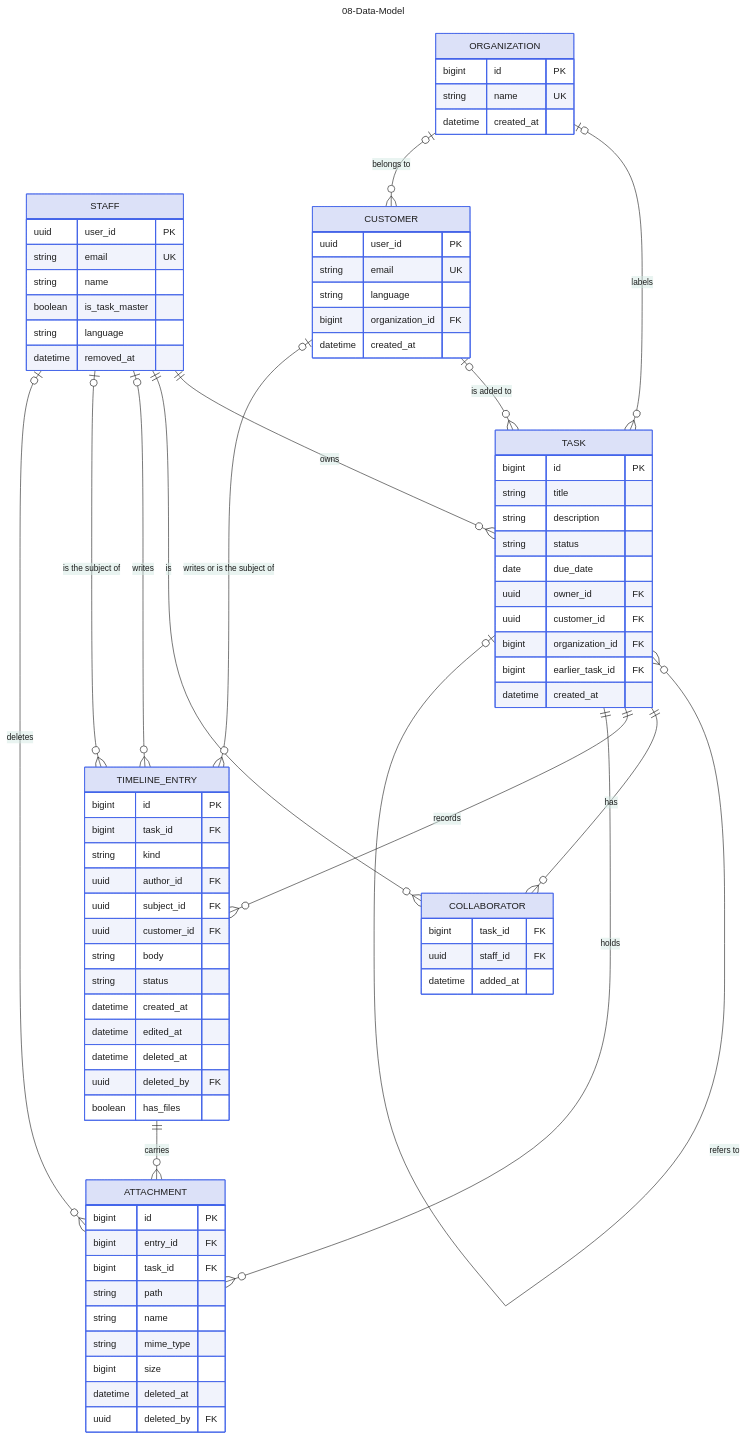
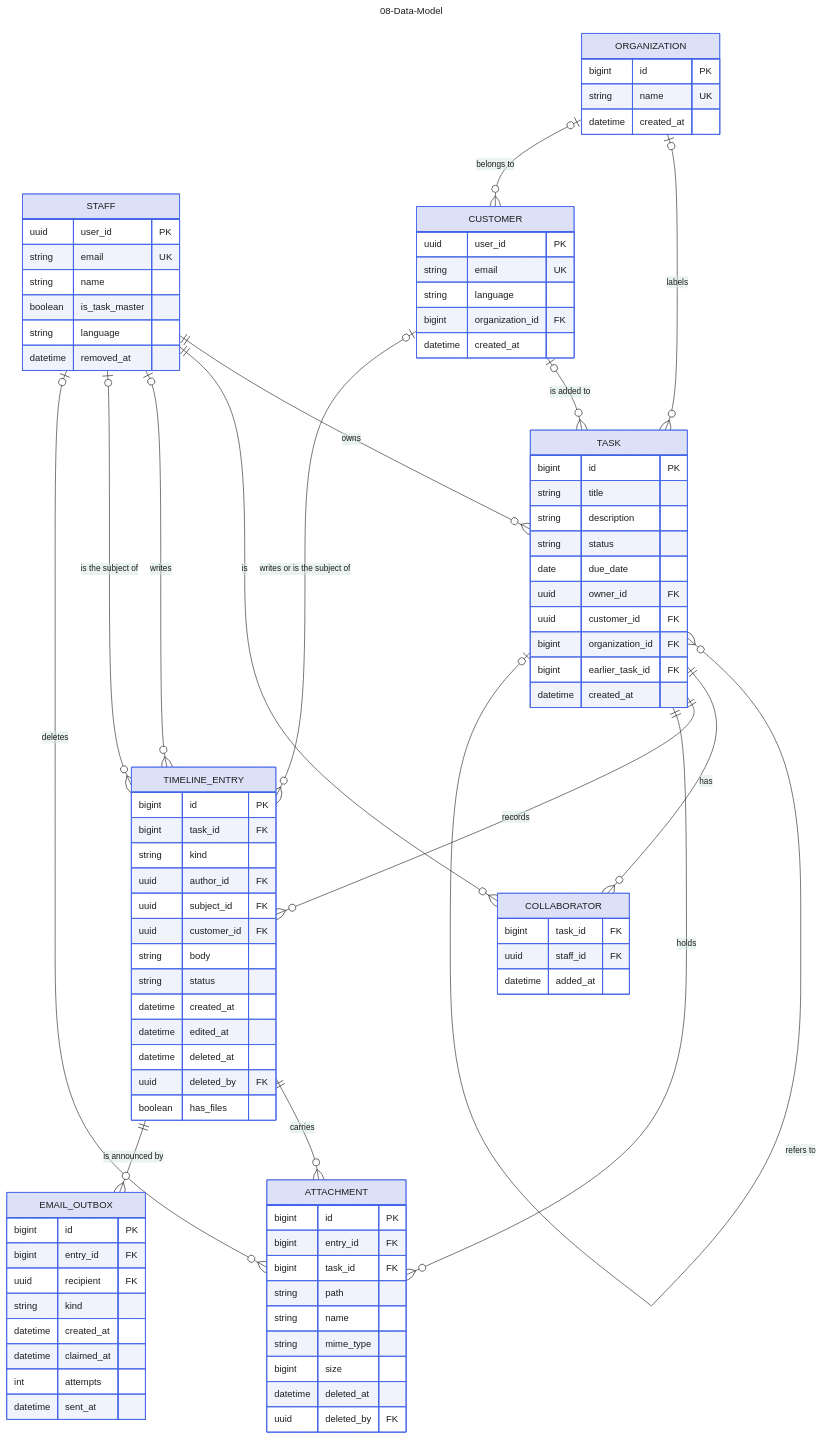
One commit to jedt3d/tasuku changed the diagram in docs/diagram/08-Data-Model.md. Above: the diagram before and after it, drawn with Mermaid. The commit also changed other lines of this file and 7 other files, not shown here.

Commit message:
docs: sync the diagrams with email notifications (#10)

````diff
--- a/docs/diagram/08-Data-Model.md
+++ b/docs/diagram/08-Data-Model.md
@@ -140,6 +140,16 @@
     datetime deleted_at
     uuid deleted_by FK
   }
+  EMAIL_OUTBOX {
+    bigint id PK
+    bigint entry_id FK
+    uuid recipient FK
+    string kind
+    datetime created_at
+    datetime claimed_at
+    int attempts
+    datetime sent_at
+  }
   STAFF ||--o{ TASK : owns
   CUSTOMER |o--o{ TASK : "is added to"
   ORGANIZATION |o--o{ TASK : labels
@@ -154,4 +164,5 @@
   TIMELINE_ENTRY ||--o{ ATTACHMENT : carries
   TASK ||--o{ ATTACHMENT : holds
   STAFF |o--o{ ATTACHMENT : deletes
+  TIMELINE_ENTRY ||--o{ EMAIL_OUTBOX : "is announced by"
 ```
````
